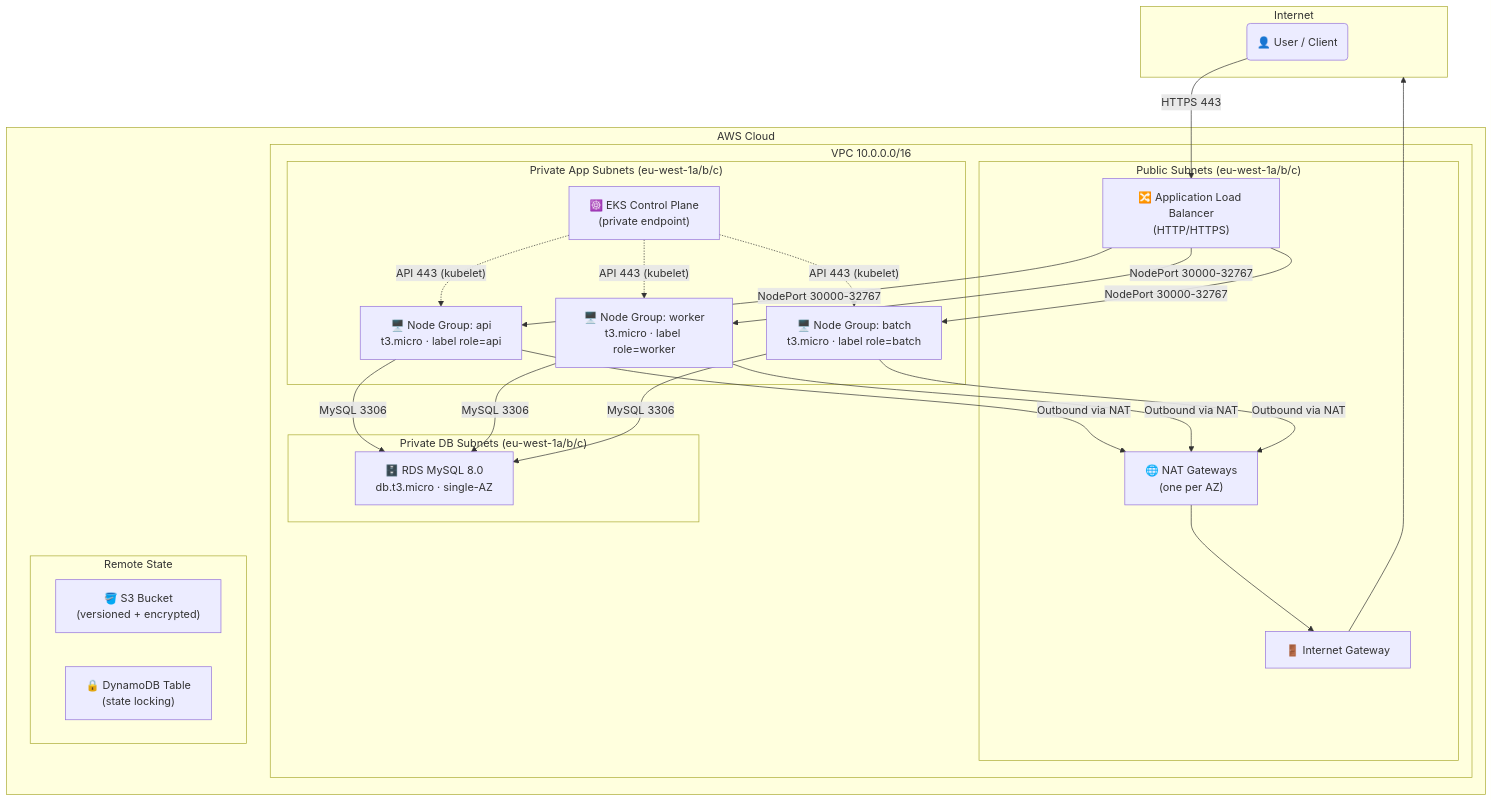
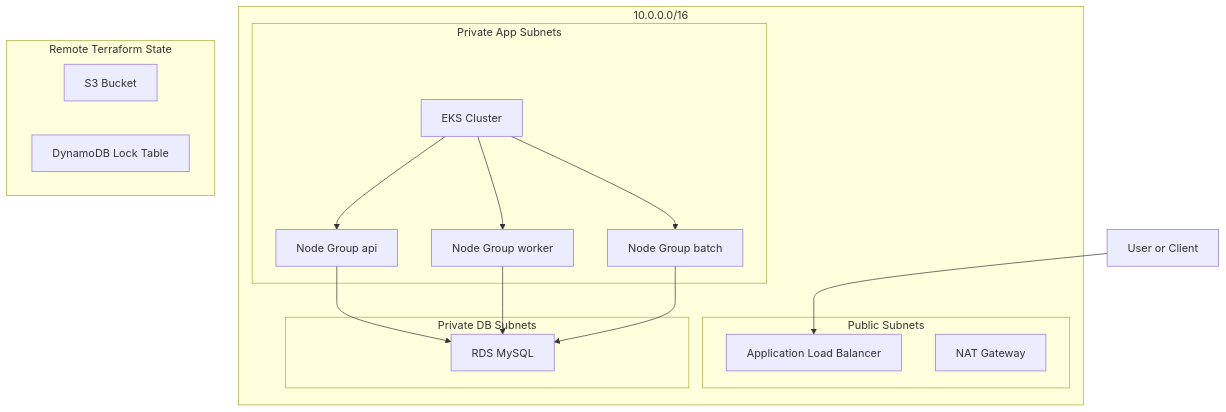
One commit to Github-Arun-Repo/terraform-labs changed the first of 4 diagrams in README.md. Above: the diagram before and after it, drawn with Mermaid. The commit also changed other lines of this file and 4 other files, not shown here.

````diff
--- a/README.md
+++ b/README.md
@@ -25,43 +57,34 @@
 ```mermaid
-%%{init: {'theme': 'default', 'flowchart': {'useMaxWidth': true, 'htmlLabels': true}}}%%
 graph TB
-	subgraph Internet
-		USER(👤 User / Client)
-	end
+  U[User or Client] --> ALB[Application Load Balancer]
 
-	subgraph AWS Cloud
-		subgraph VPC["VPC  10.0.0.0/16"]
+  subgraph VPC[10.0.0.0/16]
+    subgraph PUB[Public Subnets]
+      ALB
+      NAT[NAT Gateway]
+    end
 
-			subgraph PUB["Public Subnets (eu-west-1a/b/c)"]
-				ALB["🔀 Application Load Balancer\n(HTTP/HTTPS)"]
-				NAT["🌐 NAT Gateways\n(one per AZ)"]
-				IGW["🚪 Internet Gateway"]
-			end
+    subgraph APP[Private App Subnets]
+      EKS[EKS Cluster]
+      N1[Node Group api]
+      N2[Node Group worker]
+      N3[Node Group batch]
+    end
 
-			subgraph APP["Private App Subnets (eu-west-1a/b/c)"]
-				EKS["☸️ EKS Control Plane\n(private endpoint)"]
-				NG1["🖥️ Node Group: api\nt3.micro · label role=api"]
-				NG2["🖥️ Node Group: worker\nt3.micro · label role=worker"]
-				NG3["🖥️ Node Group: batch\nt3.micro · label role=batch"]
-			end
+    subgraph DB[Private DB Subnets]
+      RDS[RDS MySQL]
+    end
+  end
 
-			subgraph DB["Private DB Subnets (eu-west-1a/b/c)"]
-				RDS["🗄️ RDS MySQL 8.0\ndb.t3.micro · single-AZ"]
-			end
-		end
+  EKS --> N1
+  EKS --> N2
+  EKS --> N3
+  N1 --> RDS
+  N2 --> RDS
+  N3 --> RDS
 
-		subgraph STATE["Remote State"]
-			S3["🪣 S3 Bucket\n(versioned + encrypted)"]
-			DDB["🔒 DynamoDB Table\n(state locking)"]
-		end
-	end
-
-	USER -->|"HTTPS 443"| ALB
-	ALB -->|"NodePort 30000-32767"| NG1
-	ALB -->|"NodePort 30000-32767"| NG2
-	ALB -->|"NodePort 30000-32767"| NG3
-	NG1 & NG2 & NG3 -->|"MySQL 3306"| RDS
-	NG1 & NG2 & NG3 -->|"Outbound via NAT"| NAT
-	NAT --> IGW --> Internet
-	EKS -.->|"API 443 (kubelet)"| NG1 & NG2 & NG3
+  subgraph State[Remote Terraform State]
+    S3[S3 Bucket]
+    DDB[DynamoDB Lock Table]
+  end
 ```
````
